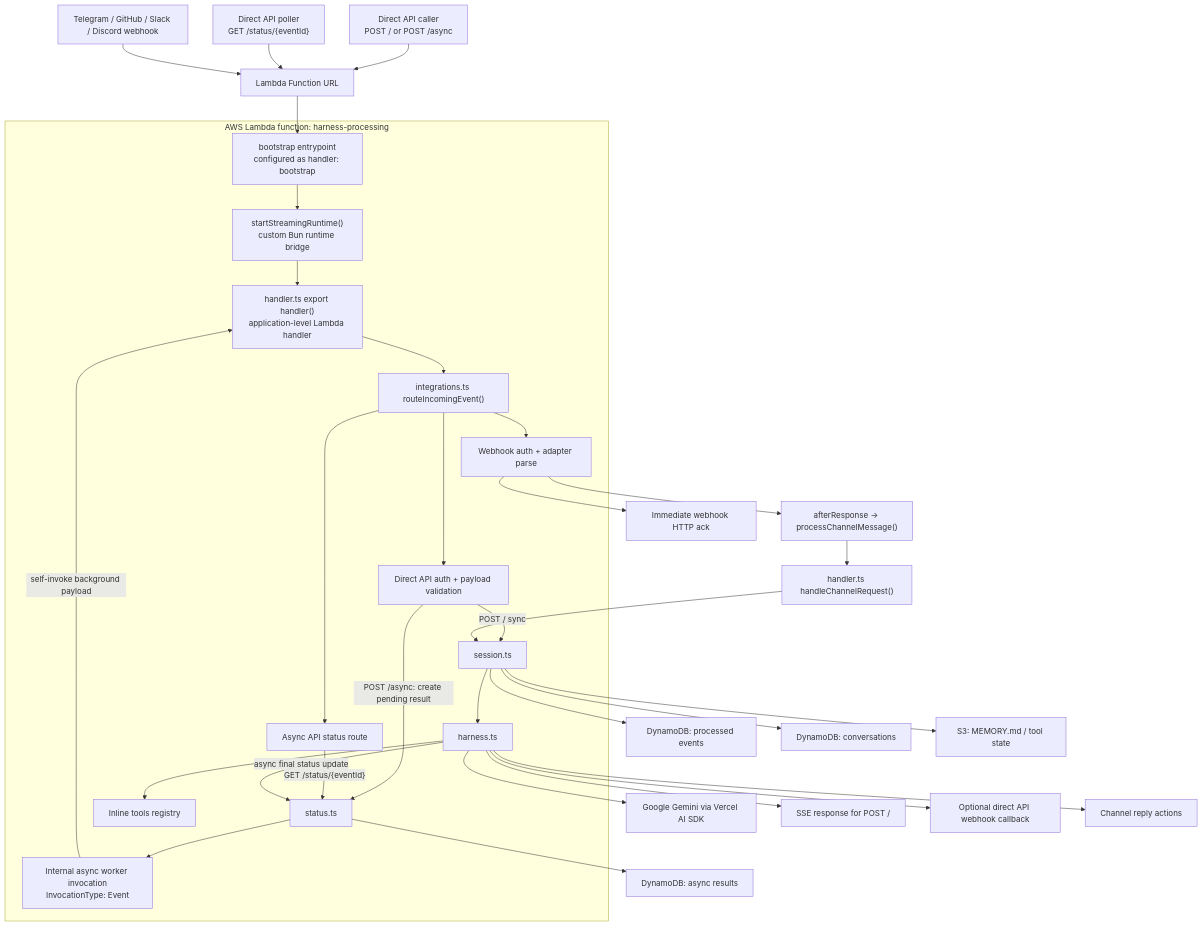
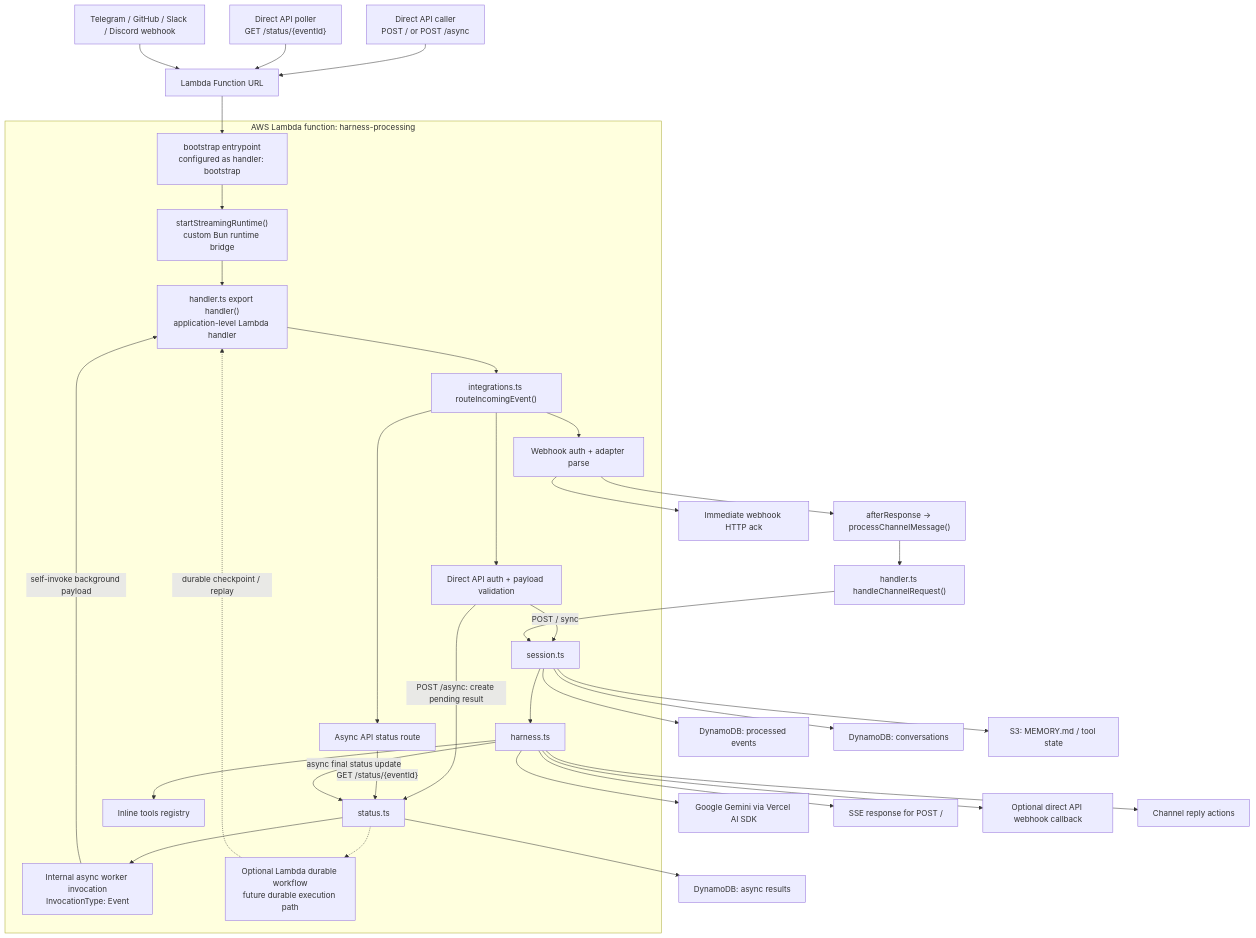
Before and after one commit to beeblastco/filthy-panty: the diagram in README.md, drawn with Mermaid. The commit also changed other lines of this file, not shown here.

Commit message:
Document durable workflow async API path

````diff
--- a/README.md
+++ b/README.md
@@ -13,53 +13,56 @@
 ```mermaid
 flowchart TD
   A["Direct API caller<br/>POST / or POST /async"] --> B["Lambda Function URL"]
   A2["Direct API poller<br/>GET /status/{eventId}"] --> B
   C["Telegram / GitHub / Slack / Discord webhook"] --> B
 
   subgraph L["AWS Lambda function: harness-processing"]
     D["bootstrap entrypoint<br/>configured as handler: bootstrap"]
     E["startStreamingRuntime()<br/>custom Bun runtime bridge"]
     F["handler.ts export handler()<br/>application-level Lambda handler"]
     G["integrations.ts routeIncomingEvent()"]
     H["Direct API auth + payload validation"]
     HA["Async API status route"]
     HW["Internal async worker invocation<br/>InvocationType: Event"]
+    DW["Optional Lambda durable workflow<br/>future durable execution path"]
     I["Webhook auth + adapter parse"]
     J["session.ts"]
     S["status.ts"]
     N["harness.ts"]
     P["Inline tools registry"]
   end
 
   B --> D
   D --> E
   E --> F
   F --> G
   G --> H
   G --> HA
   G --> I
 
   H -->|"POST / sync"| J
   H -->|"POST /async: create pending result"| S
   S --> AS["DynamoDB: async results"]
   S --> HW
+  S -.-> DW
   HW -->|"self-invoke background payload"| F
+  DW -.->|"durable checkpoint / replay"| F
   HA -->|"GET /status/{eventId}"| S
 
   J --> N
   N --> P
   N --> O["Google Gemini via Vercel AI SDK"]
   N --> Q["SSE response for POST /"]
   N --> WC["Optional direct API webhook callback"]
   N -->|"async final status update"| S
 
   I --> ACK["Immediate webhook HTTP ack"]
   I --> PR["afterResponse -> processChannelMessage()"]
   PR --> F2["handler.ts handleChannelRequest()"]
   F2 --> J
   N --> R["Channel reply actions"]
 
   J --> K["DynamoDB: processed events"]
   J --> L2["DynamoDB: conversations"]
   J --> M["S3: MEMORY.md / tool state"]
 ```
````
